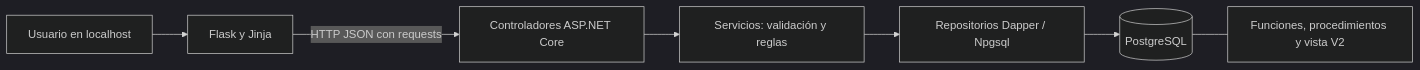
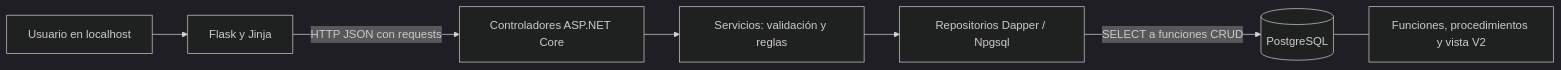
Before and after one commit to francis872/Mira: the first of 2 diagrams in docs/arquitectura-v2.md, drawn with Mermaid (dark theme). The commit also changed other lines of this file and 56 other files, not shown here.

Commit message:
feat: integrar rutinas PostgreSQL y verificacion de MIRA V2

````diff
--- a/docs/arquitectura-v2.md
+++ b/docs/arquitectura-v2.md
@@ -5,9 +5,9 @@
 ```mermaid
 flowchart LR
     U[Usuario en localhost] --> F[Flask y Jinja]
     F -->|HTTP JSON con requests| C[Controladores ASP.NET Core]
     C --> S[Servicios: validación y reglas]
     S --> R[Repositorios Dapper / Npgsql]
-    R --> DB[(PostgreSQL)]
+    R -->|SELECT a funciones CRUD| DB[(PostgreSQL)]
     DB --- SP[Funciones, procedimientos y vista V2]
 ```
````
